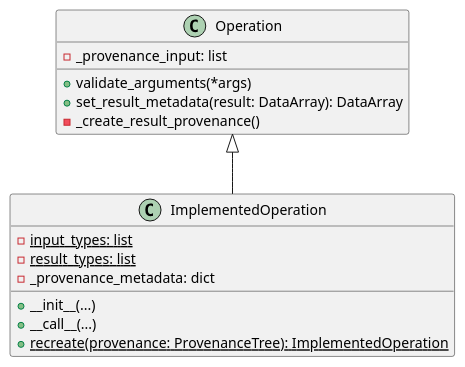
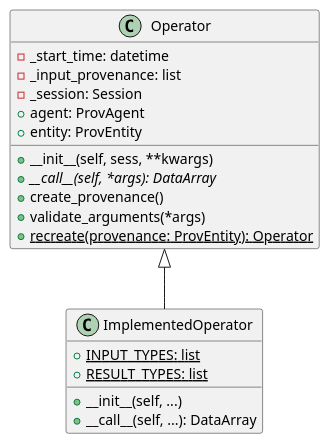
One commit to indica-mcf/Indica changed the fourth of 4 diagrams in doc/design.rst. Above: the diagram before and after it, drawn with PlantUML. The commit also changed 4 other files, not shown here.

```diff
--- a/doc/design.rst
+++ b/doc/design.rst
@@ -479,21 +479,25 @@
 .. uml::
 
-   class Operation {
-   - _provenance_input: list
-   
+   class Operator {
+   - _start_time: datetime
+   - _input_provenance: list
+   - _session: Session
+   + agent: ProvAgent
+   + entity: ProvEntity
+
+   + __init__(self, sess, **kwargs)
+   + {abstract} __call__(self, *args): DataArray
+   + create_provenance()
    + validate_arguments(*args)
-   + set_result_metadata(result: DataArray): DataArray
-   - _create_result_provenance()
+   + {static} recreate(provenance: ProvEntity): Operator
    }
    
-   class ImplementedOperation {
-   - {static} input_types: list
-   - {static} result_types: list
-   - _provenance_metadata: dict
+   class ImplementedOperator {
+   + {static} INPUT_TYPES: list
+   + {static} RESULT_TYPES: list
    
-   + __init__(...)
-   + __call__(...)
-   + {static} recreate(provenance: ProvenanceTree): ImplementedOperation
+   + __init__(self, ...)
+   + __call__(self, ...): DataArray
    }
    
-   Operation <|-- ImplementedOperation
+   Operator <|-- ImplementedOperator
```
